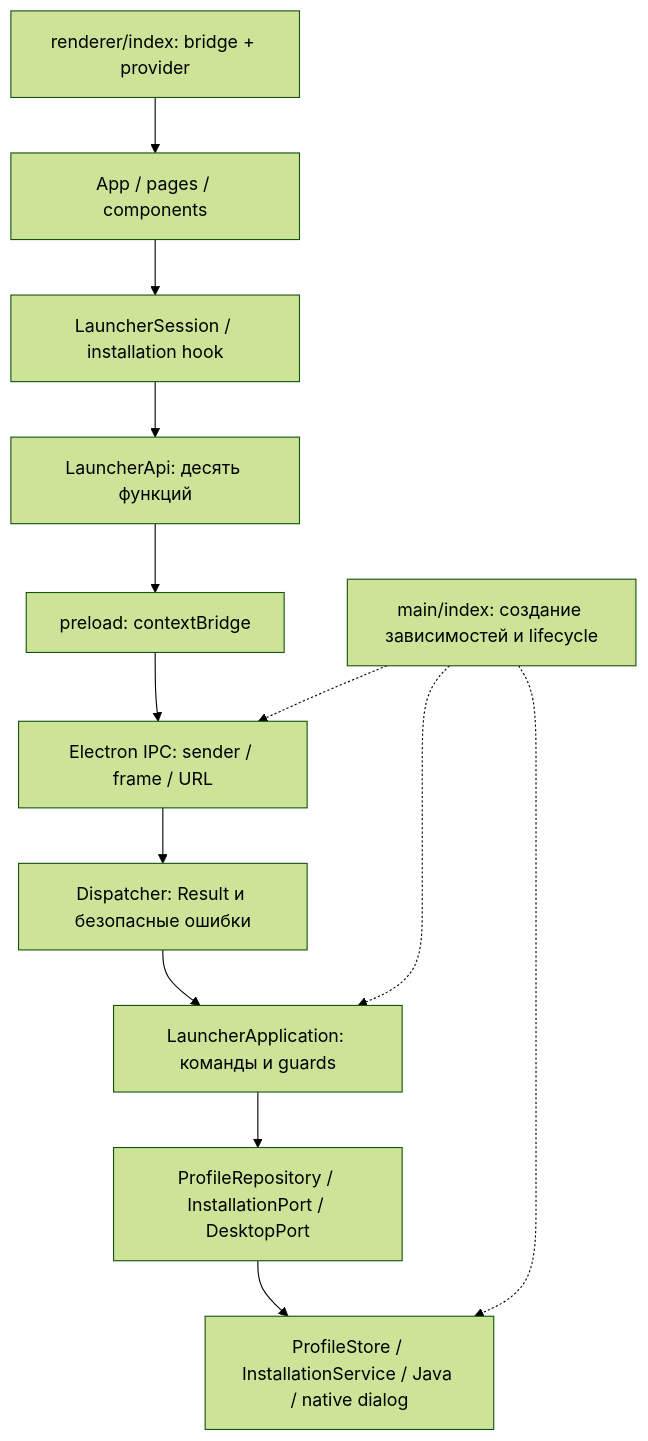
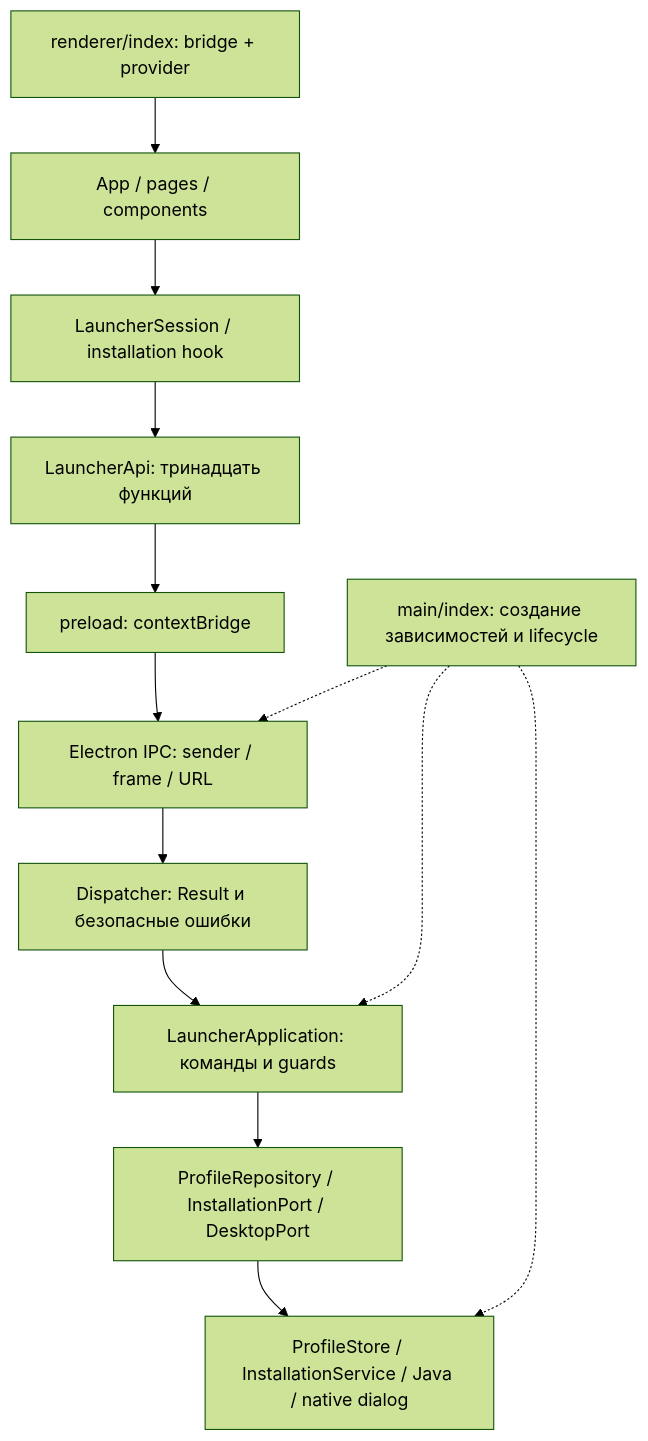
Before and after one commit to AdilSatuv/spaceclient: the diagram in docs/ARCHITECTURE.md, drawn with Mermaid (forest theme). The commit also changed other lines of this file and 41 other files, not shown here.

````diff
--- a/docs/ARCHITECTURE.md
+++ b/docs/ARCHITECTURE.md
@@ -7,15 +7,15 @@
 ```mermaid
 flowchart TD
   Entry[renderer/index: bridge + provider] --> UI[App / pages / components]
   UI --> State[LauncherSession / installation hook]
-  State --> API[LauncherApi: десять функций]
+  State --> API[LauncherApi: тринадцать функций]
   API --> Preload[preload: contextBridge]
   Preload --> IPC[Electron IPC: sender / frame / URL]
   IPC --> Dispatch[Dispatcher: Result и безопасные ошибки]
   Dispatch --> App[LauncherApplication: команды и guards]
   App --> Ports[ProfileRepository / InstallationPort / DesktopPort]
   Ports --> Infra[ProfileStore / InstallationService / Java / native dialog]
   Root[main/index: создание зависимостей и lifecycle] -.-> IPC
   Root -.-> App
   Root -.-> Infra
 ```
````
